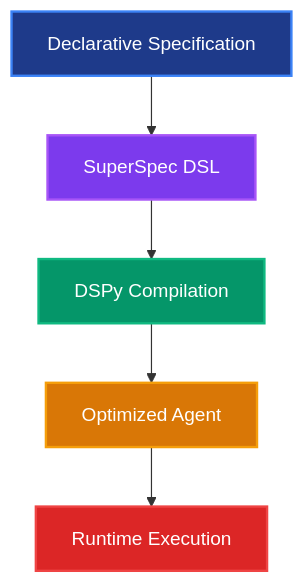
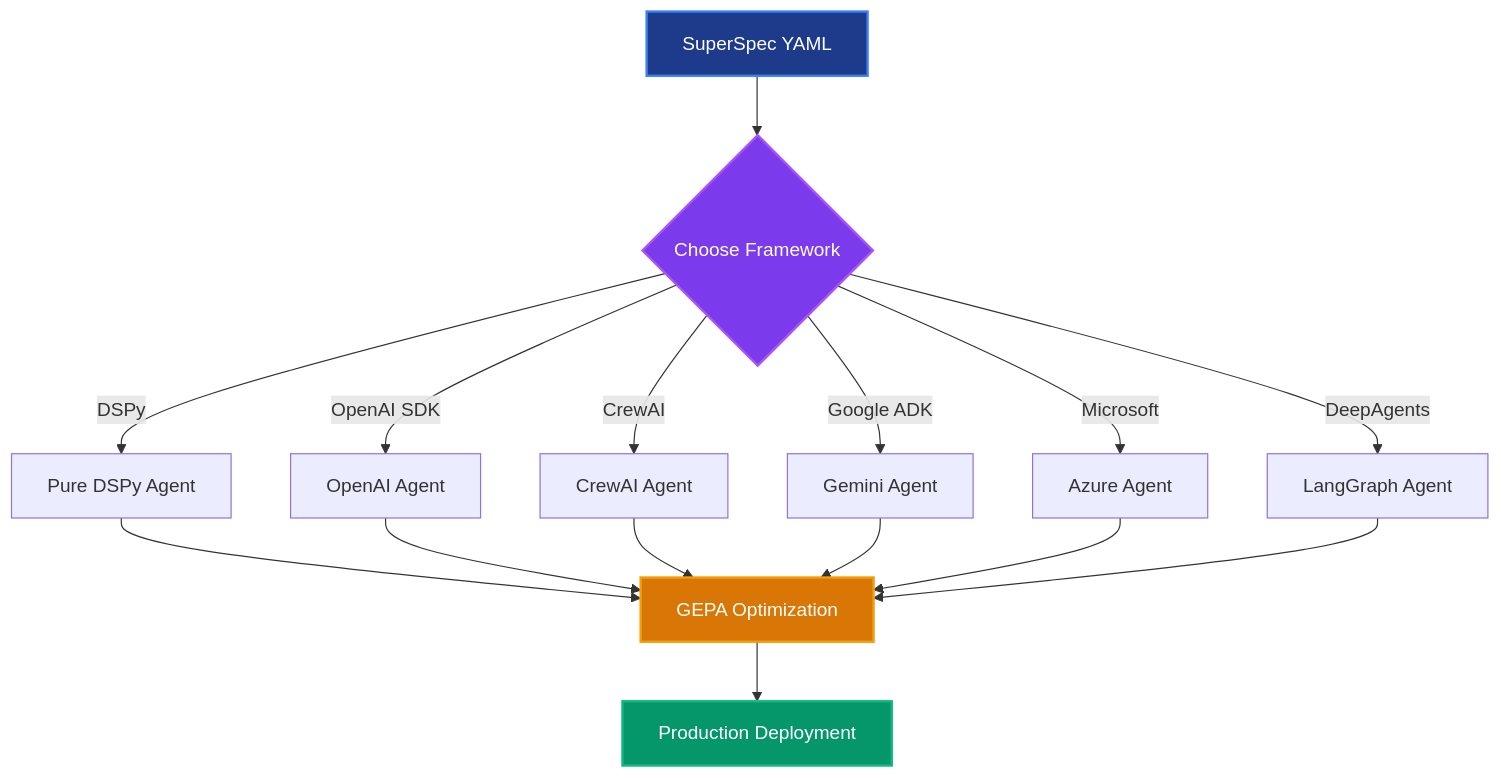
One commit to SuperagenticAI/superoptix-ai changed the diagram in docs/guides/superspec-agent-building.md. Above: the diagram before and after it, drawn with Mermaid. The commit also changed other lines of this file and 63 other files, not shown here.

````diff
--- a/docs/guides/superspec-agent-building.md
+++ b/docs/guides/superspec-agent-building.md
@@ -21,13 +27,17 @@
 ```mermaid
 graph TD
-    A[Declarative Specification] --> B[SuperSpec DSL]
-    B --> C[DSPy Compilation]
-    C --> D[Optimized Agent]
-    D --> E[Runtime Execution]
+    A[SuperSpec YAML] --> B{Choose Framework}
+    B -->|DSPy| C1[Pure DSPy Agent]
+    B -->|OpenAI SDK| C2[OpenAI Agent]
+    B -->|CrewAI| C3[CrewAI Agent]
+    B -->|Google ADK| C4[Gemini Agent]
+    B -->|Microsoft| C5[Azure Agent]
+    B -->|DeepAgents| C6[LangGraph Agent]
+    C1 & C2 & C3 & C4 & C5 & C6 --> D[GEPA Optimization]
+    D --> E[Production Deployment]
     
     style A fill:#1e3a8a,stroke:#3b82f6,stroke-width:2px,color:#ffffff
     style B fill:#7c3aed,stroke:#a855f7,stroke-width:2px,color:#ffffff
-    style C fill:#059669,stroke:#10b981,stroke-width:2px,color:#ffffff
     style D fill:#d97706,stroke:#f59e0b,stroke-width:2px,color:#ffffff
-    style E fill:#dc2626,stroke:#ef4444,stroke-width:2px,color:#ffffff
+    style E fill:#059669,stroke:#10b981,stroke-width:2px,color:#ffffff
 ```
````
